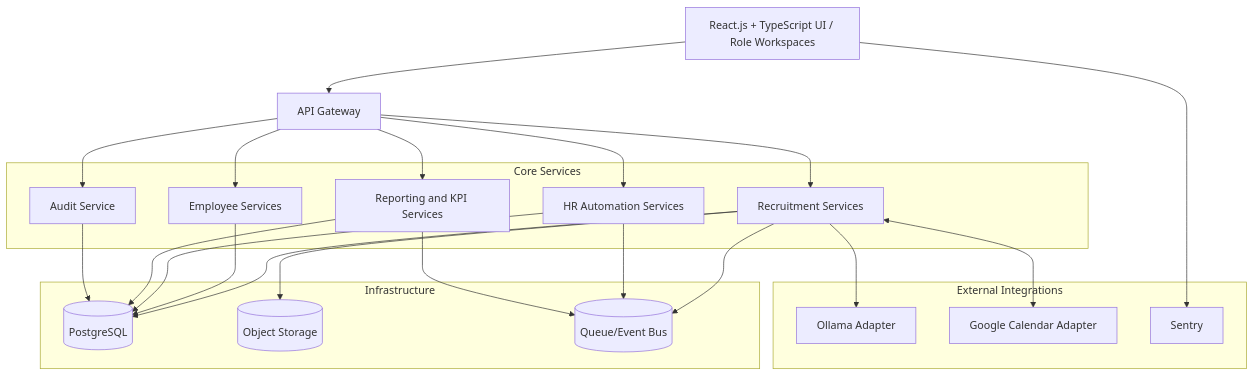
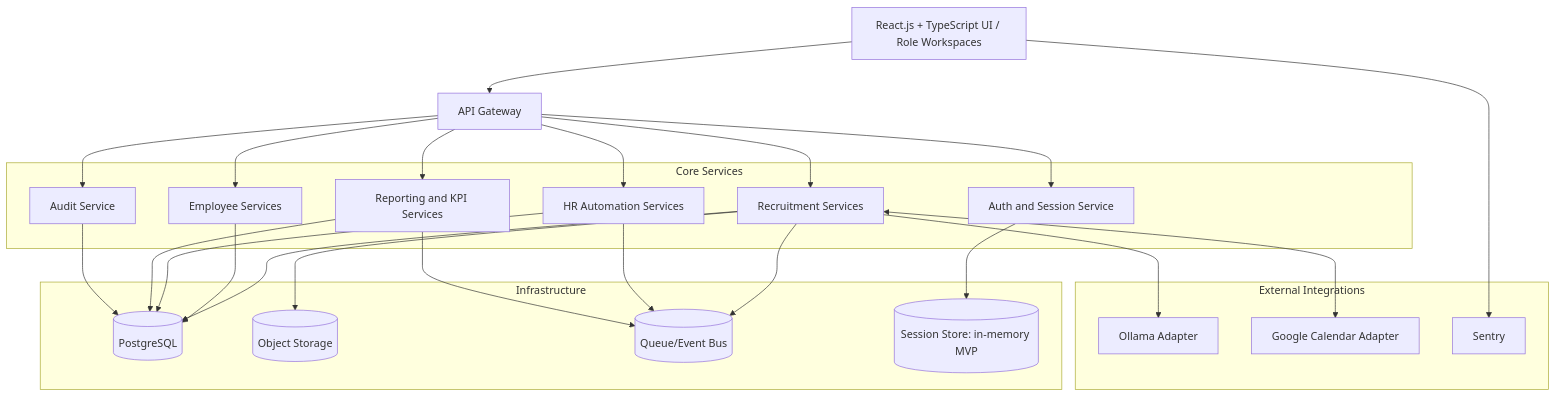
Before and after one commit to RubiFoc/hrm: the second of 10 diagrams in docs/architecture/diagrams.md, drawn with Mermaid. The commit also changed other lines of this file and 19 other files, not shown here.

Commit message:
feat: implement auth and session lifecycle baseline

````diff
--- a/docs/architecture/diagrams.md
+++ b/docs/architecture/diagrams.md
@@ -39,47 +39,51 @@
 ```mermaid
 flowchart TB
   UI[React.js + TypeScript UI / Role Workspaces]
   API[API Gateway]
 
   subgraph Core[Core Services]
+    AUTH[Auth and Session Service]
     REC[Recruitment Services]
     EMPDOM[Employee Services]
     HROPS[HR Automation Services]
     ANALYTICS[Reporting and KPI Services]
     AUDIT[Audit Service]
   end
 
   subgraph Infra[Infrastructure]
     DB[(PostgreSQL)]
     OBJ[(Object Storage)]
     QUEUE[(Queue/Event Bus)]
+    SESSION[(Session Store: in-memory MVP)]
   end
 
   subgraph Ext[External Integrations]
     OLLAMA[Ollama Adapter]
     GCALSYNC[Google Calendar Adapter]
     SENTRY[Sentry]
   end
 
   UI --> API
+  API --> AUTH
   API --> REC
   API --> EMPDOM
   API --> HROPS
   API --> ANALYTICS
+  AUTH --> SESSION
 
   REC --> DB
   EMPDOM --> DB
   HROPS --> DB
   ANALYTICS --> DB
   AUDIT --> DB
 
   REC --> OBJ
   REC --> QUEUE
   HROPS --> QUEUE
   ANALYTICS --> QUEUE
 
   REC --> OLLAMA
   REC <--> GCALSYNC
   API --> AUDIT
   UI --> SENTRY
 ```
````
